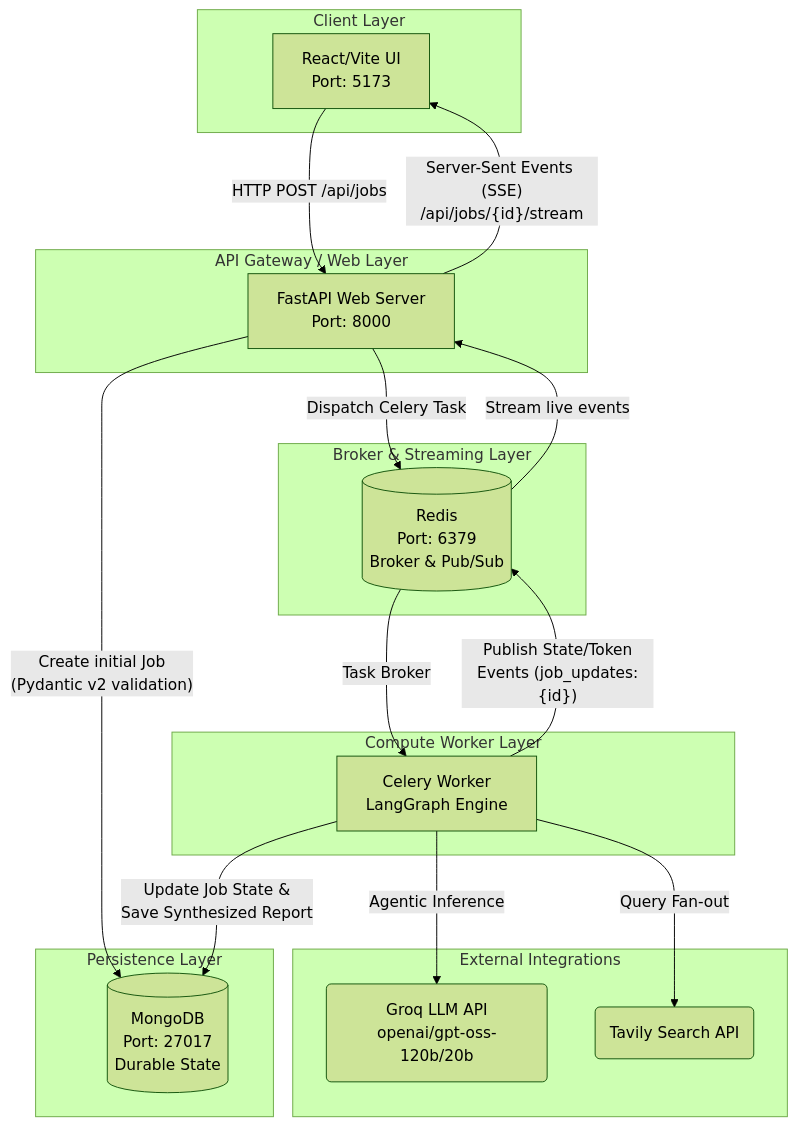
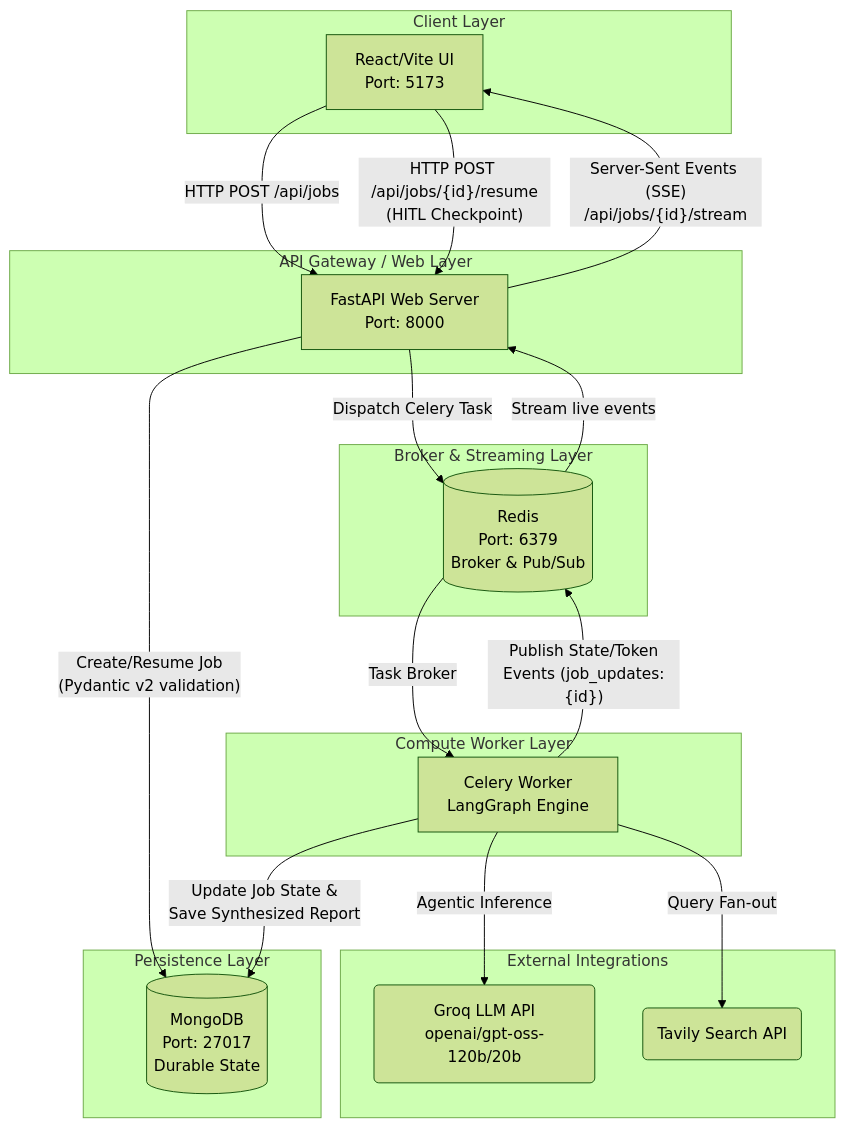
The first of 2 diagrams in README.md (stdio-27/Cortex-Ai), drawn with Mermaid (forest theme) before and after one commit. The commit also changed other lines of this file and 35 other files, not shown here.

````diff
--- a/README.md
+++ b/README.md
@@ -8,49 +8,50 @@
 ```mermaid
 flowchart TD
     %% Client Layer
     subgraph ClientLayer [Client Layer]
         UI[React/Vite UI\nPort: 5173]
     end
 
     %% API Gateway Layer
     subgraph WebLayer [API Gateway / Web Layer]
         FastAPI[FastAPI Web Server\nPort: 8000]
     end
 
     %% Broker & Streaming Layer
     subgraph BrokerLayer [Broker & Streaming Layer]
         Redis[(Redis\nPort: 6379\nBroker & Pub/Sub)]
     end
 
     %% Persistence Layer
     subgraph PersistenceLayer [Persistence Layer]
         MongoDB[(MongoDB\nPort: 27017\nDurable State)]
     end
 
     %% Compute Worker Layer
     subgraph WorkerLayer [Compute Worker Layer]
         CeleryWorker[Celery Worker\nLangGraph Engine]
     end
 
     %% External Integrations
     subgraph External [External Integrations]
         GroqAPI(Groq LLM API\nopenai/gpt-oss-120b/20b)
         TavilyAPI(Tavily Search API)
     end
 
     %% Relationships and Data Flow
     UI -- "HTTP POST /api/jobs" --> FastAPI
+    UI -- "HTTP POST /api/jobs/{id}/resume\n(HITL Checkpoint)" --> FastAPI
     FastAPI -- "Server-Sent Events (SSE)\n/api/jobs/{id}/stream" --> UI
 
-    FastAPI -- "Create initial Job\n(Pydantic v2 validation)" --> MongoDB
+    FastAPI -- "Create/Resume Job\n(Pydantic v2 validation)" --> MongoDB
     FastAPI -- "Dispatch Celery Task" --> Redis
 
     Redis -- "Task Broker" --> CeleryWorker
     CeleryWorker -- "Update Job State &\nSave Synthesized Report" --> MongoDB
 
     CeleryWorker -- "Agentic Inference" --> GroqAPI
     CeleryWorker -- "Query Fan-out" --> TavilyAPI
 
     CeleryWorker -- "Publish State/Token\nEvents (job_updates:{id})" --> Redis
     Redis -- "Stream live events" --> FastAPI
 ```
````
